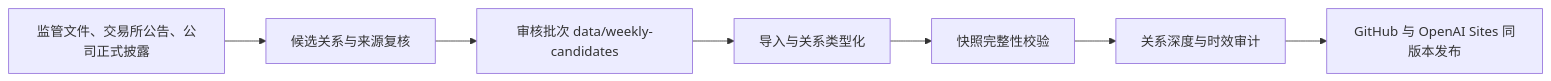
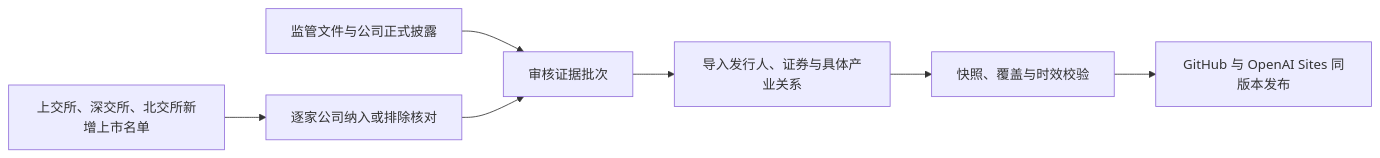
Before and after one commit to judefluen-coder/ai-chaingraph: the second of 3 diagrams in README.md, drawn with Mermaid. The commit also changed other lines of this file and 21 other files, not shown here.

````diff
--- a/README.md
+++ b/README.md
@@ -115,9 +115,9 @@
 ```mermaid
 flowchart LR
-    A["监管文件、交易所公告、公司正式披露"] --> B["候选关系与来源复核"]
-    B --> C["审核批次 data/weekly-candidates"]
-    C --> D["导入与关系类型化"]
-    D --> E["快照完整性校验"]
-    E --> F["关系深度与时效审计"]
+    A["上交所、深交所、北交所新增上市名单"] --> B["逐家公司纳入或排除核对"]
+    C["监管文件与公司正式披露"] --> D["审核证据批次"]
+    B --> D
+    D --> E["导入发行人、证券与具体产业关系"]
+    E --> F["快照、覆盖与时效校验"]
     F --> G["GitHub 与 OpenAI Sites 同版本发布"]
 ```
````
